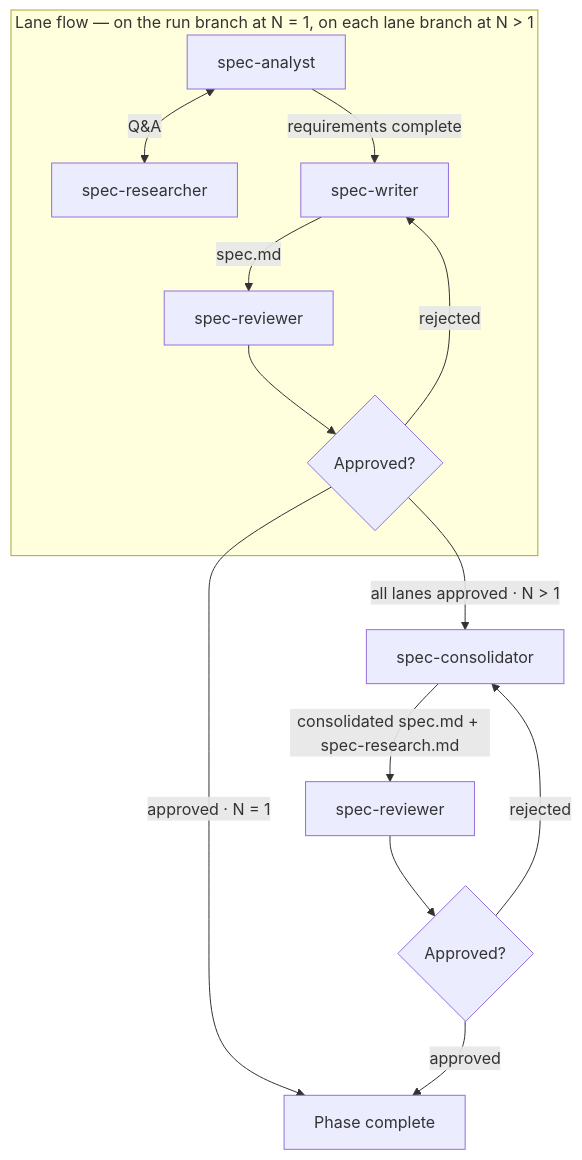
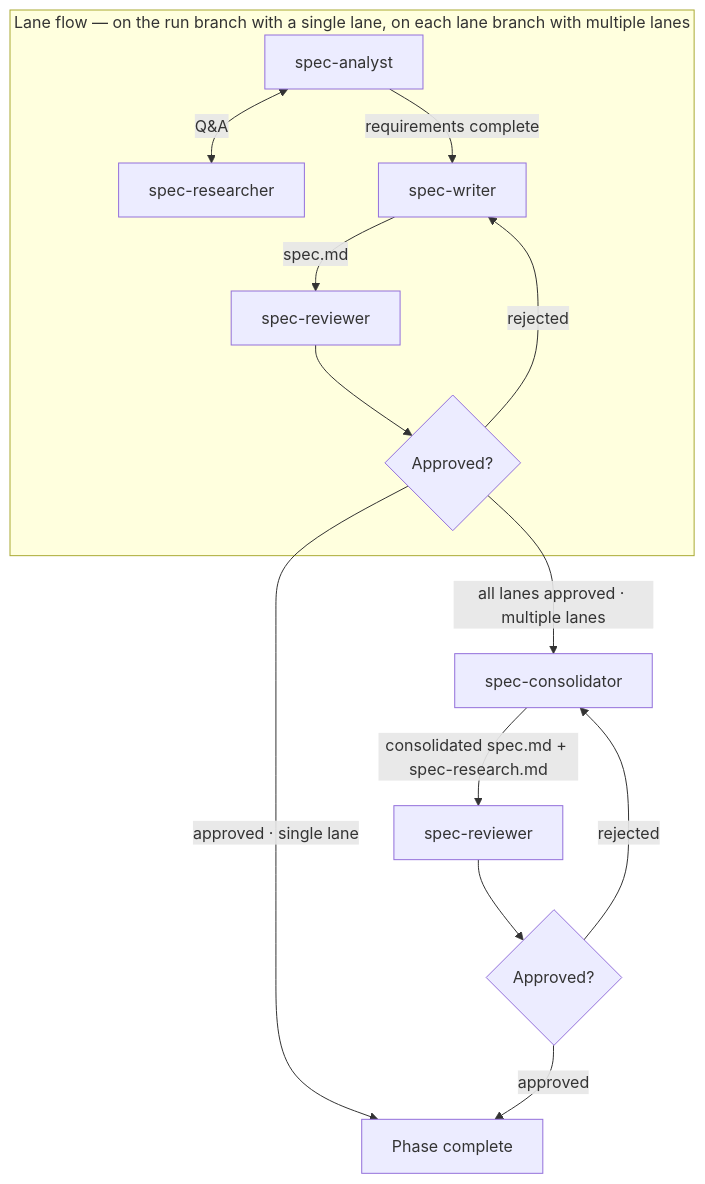
Before and after one commit to Automattic/radical-pipelines: the diagram in skills/radical-pipelines/reference/autonomous-phases/1 - spec.md, drawn with Mermaid. The commit also changed other lines of this file and 28 other files, not shown here.

First line of the commit message:
Architecture v2: coherence-pass fixes (assisted)

````diff
--- a/skills/radical-pipelines/reference/autonomous-phases/1 - spec.md
+++ b/skills/radical-pipelines/reference/autonomous-phases/1 - spec.md
@@ -56,16 +56,16 @@
 ```mermaid
 flowchart TD
-    subgraph lane ["Lane flow — on the run branch at N = 1, on each lane branch at N > 1"]
+    subgraph lane ["Lane flow — on the run branch with a single lane, on each lane branch with multiple lanes"]
         B[spec-analyst] <-->|Q&A| C[spec-researcher]
         B -->|requirements complete| D[spec-writer]
         D -->|spec.md| E[spec-reviewer]
         E --> F{Approved?}
         F -->|rejected| D
     end
-    F -->|approved · N = 1| K[Phase complete]
-    F -->|all lanes approved · N > 1| H[spec-consolidator]
+    F -->|approved · single lane| K[Phase complete]
+    F -->|all lanes approved · multiple lanes| H[spec-consolidator]
     H -->|consolidated spec.md + spec-research.md| I[spec-reviewer]
     I --> J{Approved?}
     J -->|rejected| H
     J -->|approved| K
 ```
````
